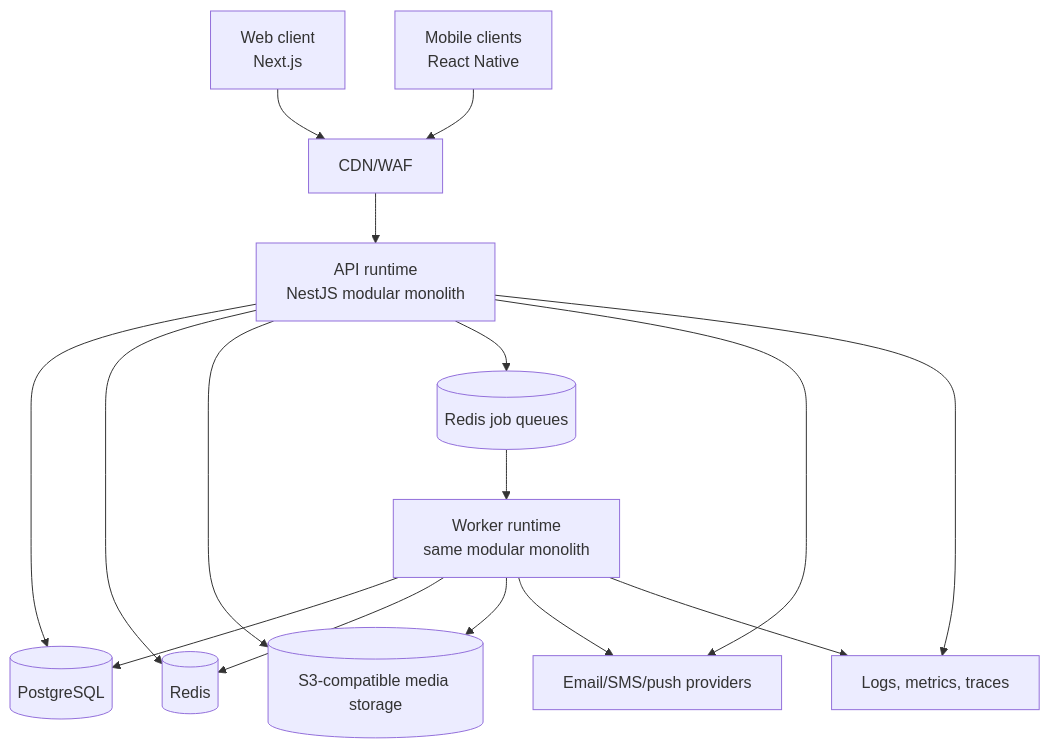
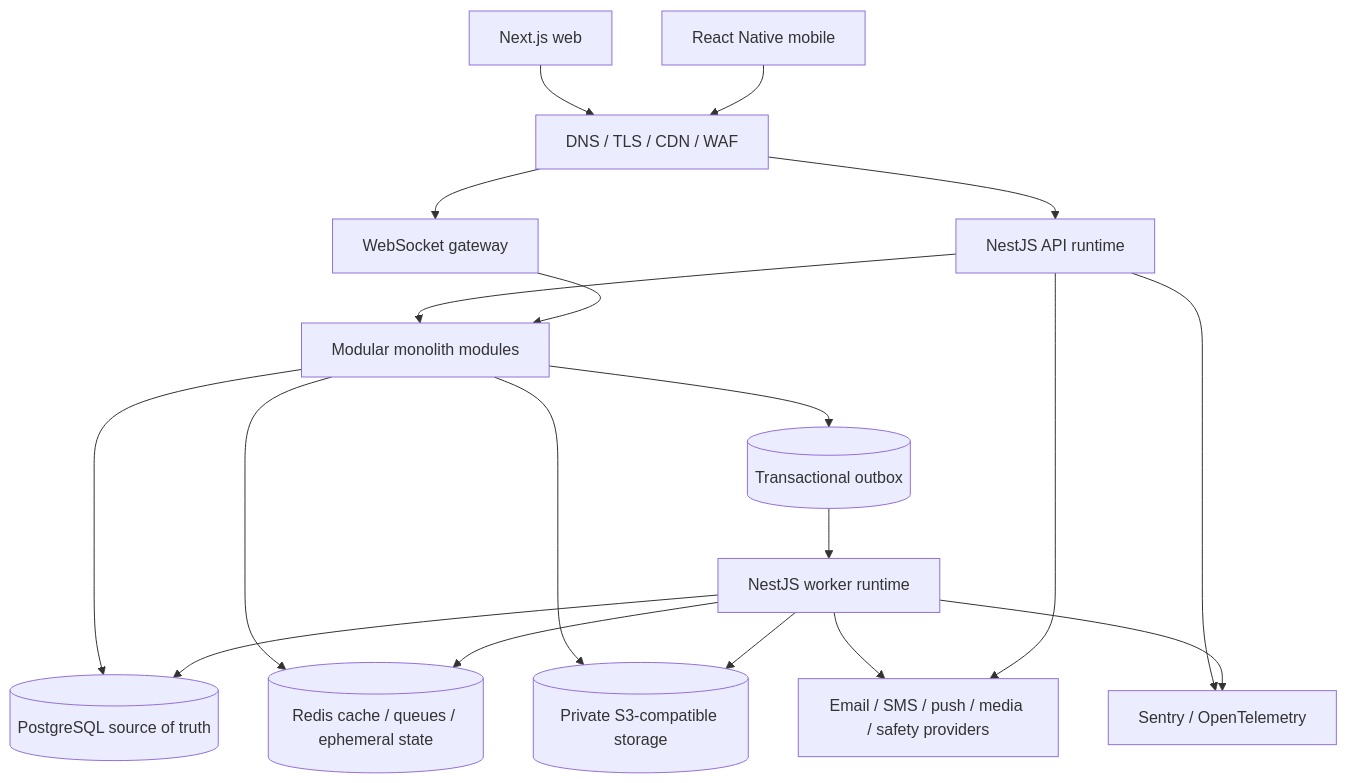
Before and after one commit to Afriab12/AfriLink: the first of 3 diagrams in docs/03-architecture/architecture.md, drawn with Mermaid. The commit also changed other lines of this file, not shown here.

Commit message:
docs: add AfriLink system architecture

````diff
--- a/docs/03-architecture/architecture.md
+++ b/docs/03-architecture/architecture.md
@@ -45,18 +42,21 @@
 ```mermaid
 flowchart TB
-	Web[Web client\nNext.js] --> CDN[CDN/WAF]
-	Mobile[Mobile clients\nReact Native] --> CDN
-	CDN --> API[API runtime\nNestJS modular monolith]
-	API --> DB[(PostgreSQL)]
-	API --> Cache[(Redis)]
-	API --> Store[(S3-compatible media storage)]
-	API --> Jobs[(Redis job queues)]
-	Jobs --> Worker[Worker runtime\nsame modular monolith]
-	Worker --> DB
-	Worker --> Cache
-	Worker --> Store
-	Worker --> Providers[Email/SMS/push providers]
-	API --> Providers
-	API --> Obs[Logs, metrics, traces]
-	Worker --> Obs
+    Web[Next.js web] --> Edge[DNS / TLS / CDN / WAF]
+    Mobile[React Native mobile] --> Edge
+    Edge --> API[NestJS API runtime]
+    Edge --> WS[WebSocket gateway]
+    API --> Modules[Modular monolith modules]
+    WS --> Modules
+    Modules --> PG[(PostgreSQL source of truth)]
+    Modules --> Redis[(Redis cache / queues / ephemeral state)]
+    Modules --> Storage[(Private S3-compatible storage)]
+    Modules --> Outbox[(Transactional outbox)]
+    Outbox --> Worker[NestJS worker runtime]
+    Worker --> PG
+    Worker --> Redis
+    Worker --> Storage
+    Worker --> Providers[Email / SMS / push / media / safety providers]
+    API --> Providers
+    API --> Obs[Sentry / OpenTelemetry]
+    Worker --> Obs
 ```
````
